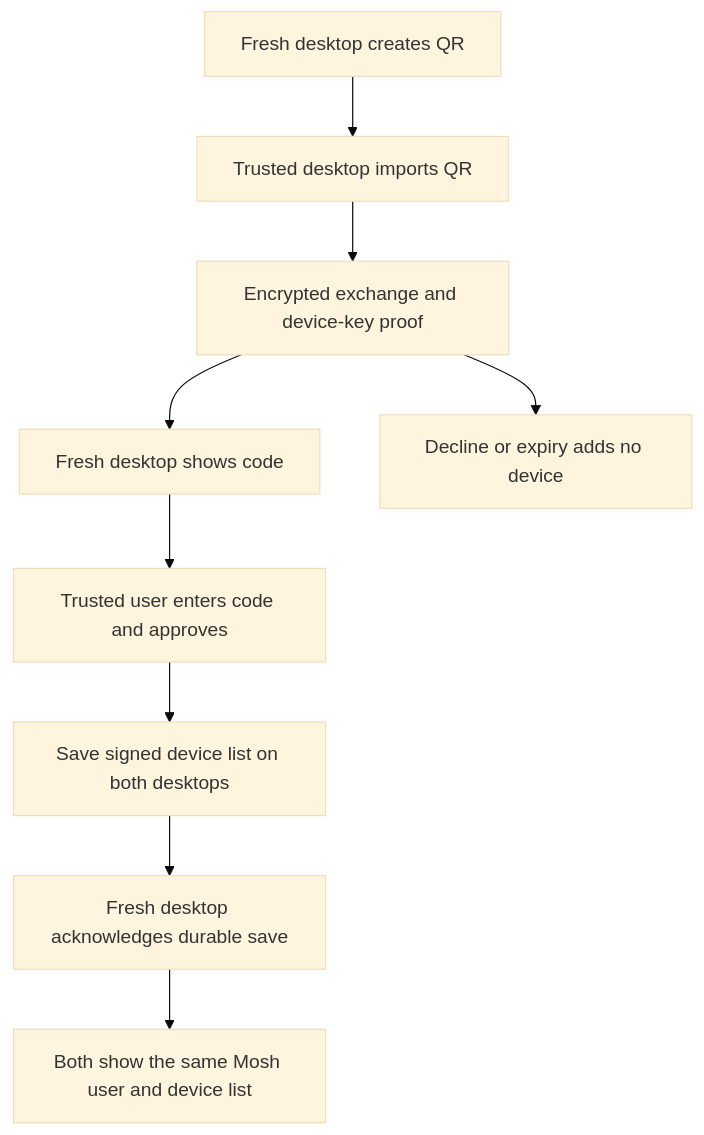
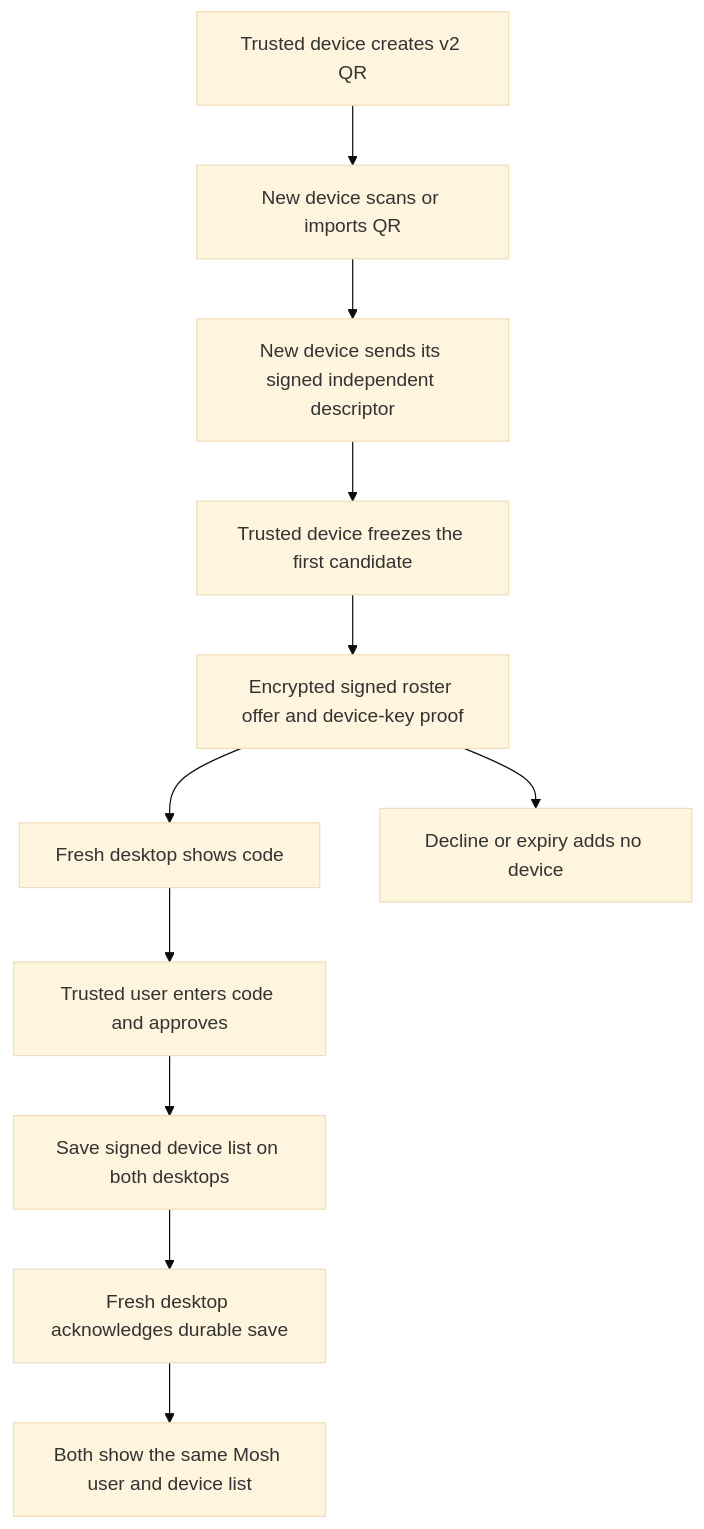
Before and after one commit to redstone-md/mosh-flutter: the first of 2 diagrams in docs/Features/device-linking.md, drawn with Mermaid (base theme). The commit also changed other lines of this file and 55 other files, not shown here.

Commit message:
feat(settings): redesign devices with trusted-device QR linking

````diff
--- a/docs/Features/device-linking.md
+++ b/docs/Features/device-linking.md
@@ -14,11 +21,13 @@
 ```mermaid
 flowchart TD
-    Fresh[Fresh desktop creates QR] --> Import[Trusted desktop imports QR]
-    Import --> Proof[Encrypted exchange and device-key proof]
+    Trusted[Trusted device creates v2 QR] --> Import[New device scans or imports QR]
+    Import --> Join[New device sends its signed independent descriptor]
+    Join --> Freeze[Trusted device freezes the first candidate]
+    Freeze --> Proof[Encrypted signed roster offer and device-key proof]
     Proof --> Code[Fresh desktop shows code]
     Code --> Approve[Trusted user enters code and approves]
     Approve --> Save[Save signed device list on both desktops]
     Save --> Ack[Fresh desktop acknowledges durable save]
     Ack --> Done[Both show the same Mosh user and device list]
     Proof --> Decline[Decline or expiry adds no device]
 ```
````
